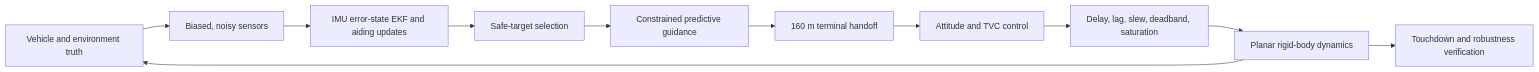
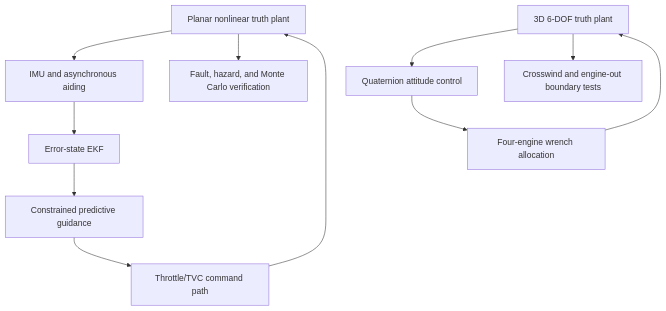
The diagram in README.md (flashgari/autonomous-landing-gnc), drawn with Mermaid before and after one commit. The commit also changed other lines of this file and 29 other files, not shown here.

Commit message:
Add 3D 6-DOF powered landing verification

````diff
--- a/README.md
+++ b/README.md
@@ -42,13 +63,13 @@
 ```mermaid
-flowchart LR
-    ENV["Vehicle and environment truth"] --> SENS["Biased, noisy sensors"]
-    SENS --> EST["IMU error-state EKF and aiding updates"]
-    EST --> HAZ["Safe-target selection"]
-    HAZ --> GUID["Constrained predictive guidance"]
-    GUID --> TERM["160 m terminal handoff"]
-    TERM --> CTRL["Attitude and TVC control"]
-    CTRL --> ACT["Delay, lag, slew, deadband, saturation"]
-    ACT --> DYN["Planar rigid-body dynamics"]
-    DYN --> ENV
-    DYN --> VER["Touchdown and robustness verification"]
+flowchart TB
+    PLANAR["Planar nonlinear truth plant"] --> SENS["IMU and asynchronous aiding"]
+    SENS --> EST["Error-state EKF"]
+    EST --> GUID["Constrained predictive guidance"]
+    GUID --> ACT["Throttle/TVC command path"]
+    ACT --> PLANAR
+    PLANAR --> MC["Fault, hazard, and Monte Carlo verification"]
+    SIX["3D 6-DOF truth plant"] --> QCTRL["Quaternion attitude control"]
+    QCTRL --> ALLOC["Four-engine wrench allocation"]
+    ALLOC --> SIX
+    SIX --> BOUND["Crosswind and engine-out boundary tests"]
 ```
````
